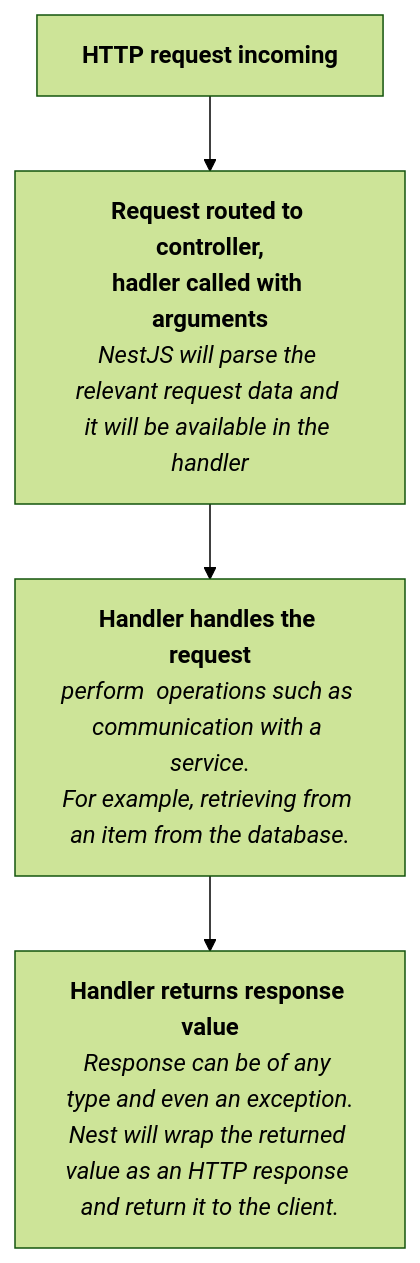
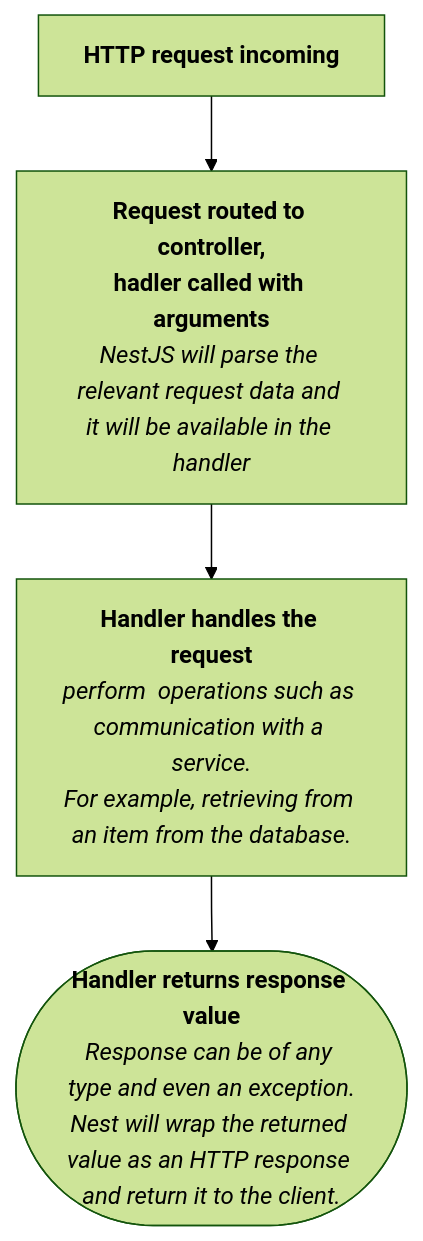
Before and after one commit to albin-joseph/myjslearnings: the diagram in nestjs/NestJs.MD, drawn with Mermaid (forest theme).

Commit message:
add flowdiagram

````diff
--- a/nestjs/NestJs.MD
+++ b/nestjs/NestJs.MD
@@ -122,20 +122,20 @@
     ```mermaid
         flowchart TD;
             step1["`**HTTP request incoming**`"]
             step2["`**Request routed to controller,
             hadler called with arguments**
             _NestJS will parse the relevant request data and 
             it will be available in the handler_
             `"]
             step1 --> step2
             step3["`**Handler handles the request**
             _perform  operations such as communication with a service.
             For example, retrieving from an item from the database._
             `"]
             step2 --> step3
-            step4["`**Handler returns response value**
+            step4(["`**Handler returns response value**
             _Response can be of any type and even an exception.
             Nest will wrap the returned value as an HTTP response and return it to the client._
-            `"]
+            `"])
             step3 --> step4
     ```
````
